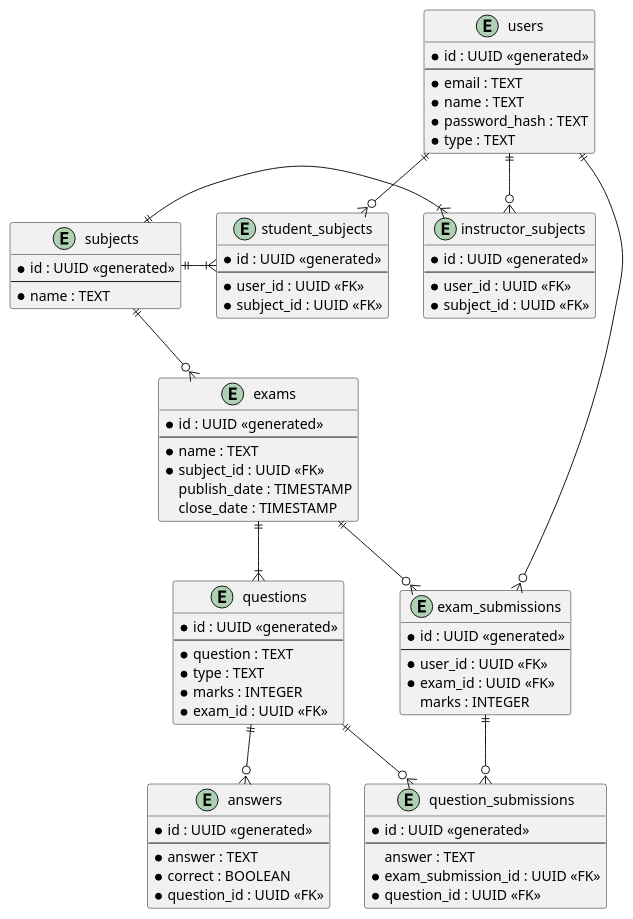
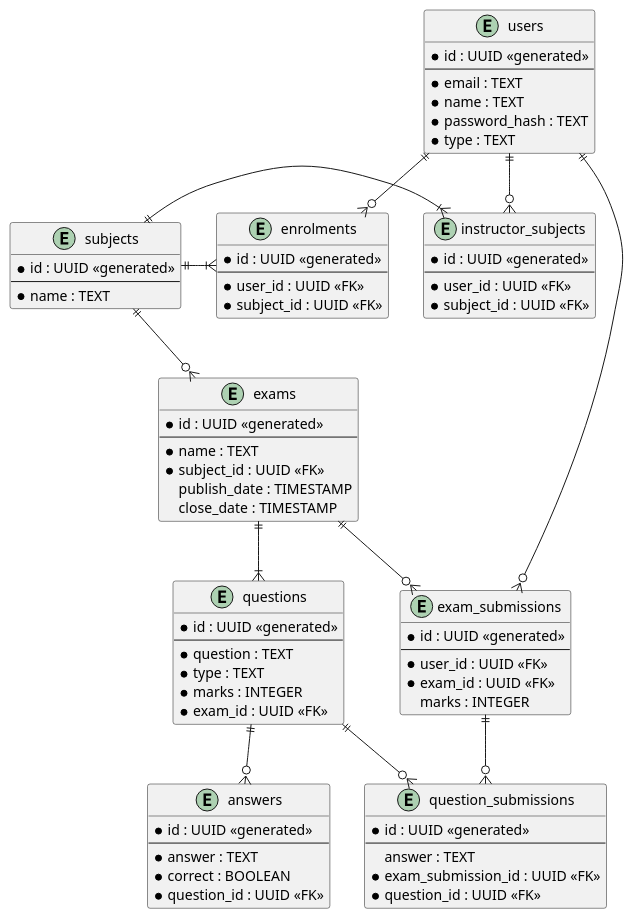
One commit to omjadas/ekzameno changed the diagram in docs/diagrams/er.puml. Above: the diagram before and after it, drawn with PlantUML. The commit also changed 6 other files, not shown here.

Commit message:
refactor: rename student_subjects to enrolments

```diff
--- a/docs/diagrams/er.puml
+++ b/docs/diagrams/er.puml
@@ -1,88 +1,88 @@
 @startuml ER Diagram
 
 entity users {
     * id : UUID <<generated>>
     --
     * email : TEXT
     * name : TEXT
     * password_hash : TEXT
     * type : TEXT
 }
 
 entity subjects {
     * id : UUID <<generated>>
     --
     * name : TEXT
 }
 
 entity exams {
     * id : UUID <<generated>>
     --
     * name : TEXT
     * subject_id : UUID <<FK>>
     publish_date : TIMESTAMP
     close_date : TIMESTAMP
 }
 
 entity questions {
     * id : UUID <<generated>>
     --
     * question : TEXT
     * type : TEXT
     * marks : INTEGER
     * exam_id : UUID <<FK>>
 }
 
 entity answers {
     * id : UUID <<generated>>
     --
     * answer : TEXT
     * correct : BOOLEAN
     * question_id : UUID <<FK>>
 }
 
 entity exam_submissions {
     * id : UUID <<generated>>
     --
     * user_id : UUID <<FK>>
     * exam_id : UUID <<FK>>
     marks : INTEGER
 }
 
 entity question_submissions {
     * id : UUID <<generated>>
     --
     answer : TEXT
     * exam_submission_id : UUID <<FK>>
     * question_id : UUID <<FK>>
 }
 
 entity instructor_subjects {
     * id : UUID <<generated>>
     --
     * user_id : UUID <<FK>>
     * subject_id : UUID <<FK>>
 }
 
-entity student_subjects {
+entity enrolments {
     * id : UUID <<generated>>
     --
     * user_id : UUID <<FK>>
     * subject_id : UUID <<FK>>
 }
 
 subjects ||--o{ exams
 exams ||--|{ questions
 users ||--o{ exam_submissions
 exams ||--o{ exam_submissions
 exam_submissions ||--o{ question_submissions
 questions ||--o{ question_submissions
 questions ||--o{ answers
 
 users ||--o{ instructor_subjects
-users ||--o{ student_subjects
+users ||--o{ enrolments
 
 subjects ||-|{ instructor_subjects
-subjects ||-|{ student_subjects
+subjects ||-|{ enrolments
 
 @enduml
```
